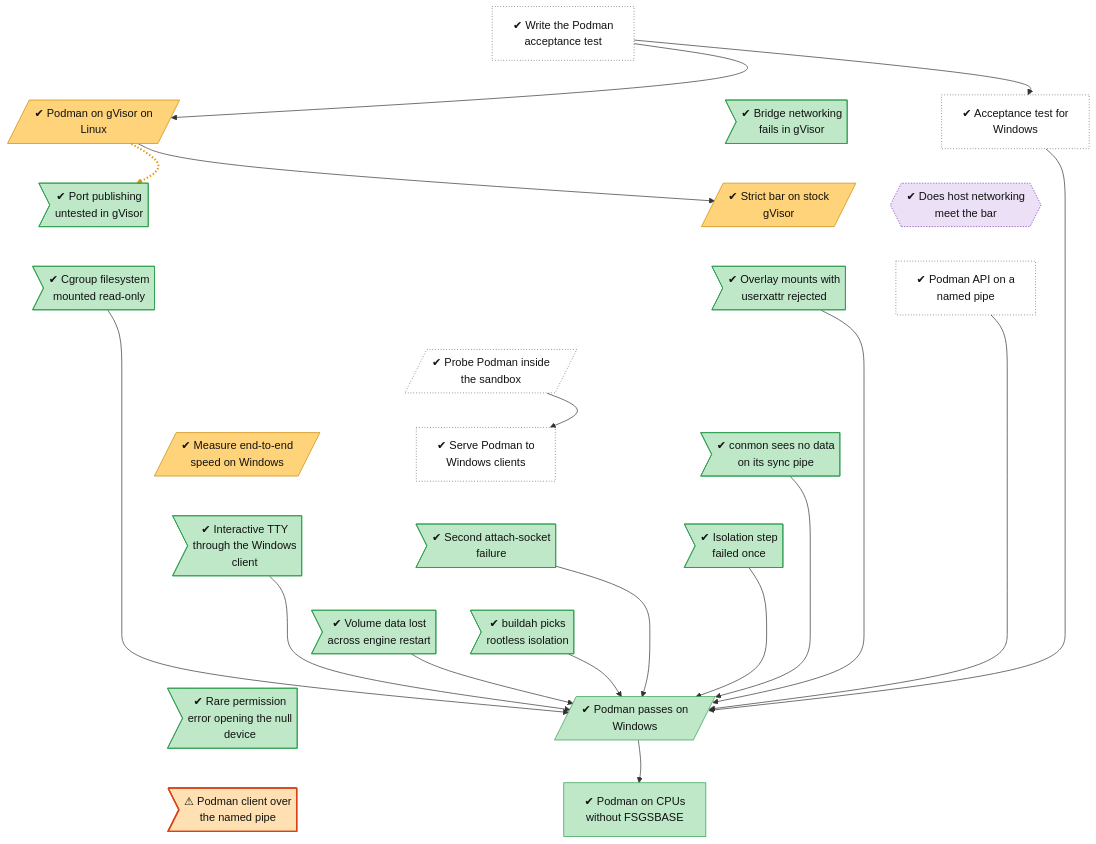
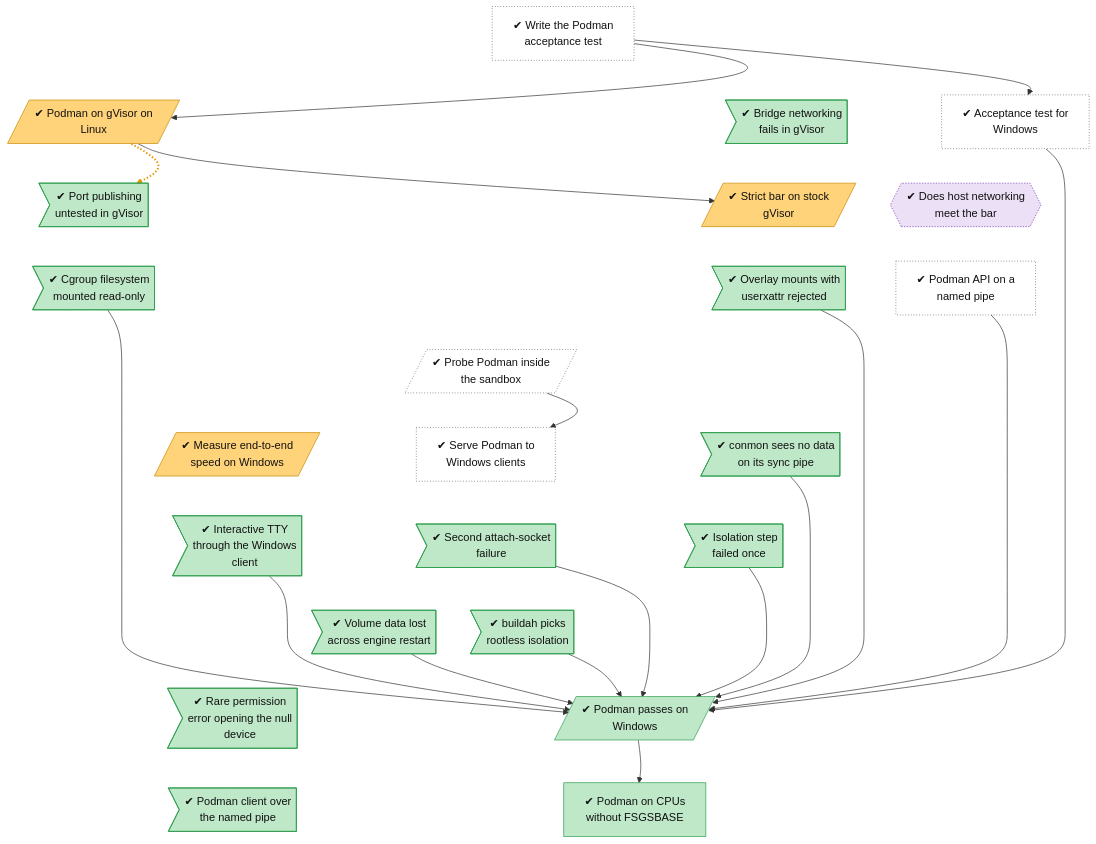
The diagram in docs/roadmap/tracks/workloads.md (lhns/gvisor-windows), drawn with Mermaid before and after one commit. The commit also changed other lines of this file and 3 other files, not shown here.

Commit message:
Tree: podman-portable v0.4.0, client connection fixed

````diff
--- a/docs/roadmap/tracks/workloads.md
+++ b/docs/roadmap/tracks/workloads.md
@@ -31,7 +31,7 @@
     workloads_podman_on_windows[/"✔ Podman passes on<br/>Windows"/]
     workloads_dev_null_eacces>"✔ Rare permission<br/>error opening the null<br/>device"]
     workloads_podman_without_fsgsbase["✔ Podman on CPUs<br/>without FSGSBASE"]
-    workloads_podman_client_on_pipe>"⚠ Podman client over<br/>the named pipe"]
+    workloads_podman_client_on_pipe>"✔ Podman client over<br/>the named pipe"]
     workloads_acceptance_test ~~~ workloads_podman_on_gvisor_linux
     workloads_acceptance_test ~~~ workloads_acceptance_test_windows
     workloads_acceptance_test ~~~ workloads_gvisor_bridge_netlink
@@ -90,7 +90,6 @@
     classDef waiting fill:#e3f2fd,stroke:#1f6fc5,stroke-dasharray:5 5,color:#111
     class workloads_acceptance_test,workloads_acceptance_test_windows,workloads_podman_api_named_pipe,workloads_podman_probe,workloads_podman_harness unrated
     class workloads_podman_on_gvisor_linux,workloads_strict_bar_linux,workloads_end_to_end_speed mixed
-    class workloads_gvisor_bridge_netlink,workloads_gvisor_port_publishing,workloads_gvisor_cgroupfs_readonly,workloads_overlay_userxattr,workloads_conmon_sync_pipe,workloads_conmon_attach_second_cause,workloads_tty_through_windows_client,workloads_isolation_flake,workloads_volume_lost_on_restart,workloads_buildah_thinks_rootless,workloads_podman_on_windows,workloads_dev_null_eacces,workloads_podman_without_fsgsbase succ
+    class workloads_gvisor_bridge_netlink,workloads_gvisor_port_publishing,workloads_gvisor_cgroupfs_readonly,workloads_overlay_userxattr,workloads_conmon_sync_pipe,workloads_conmon_attach_second_cause,workloads_tty_through_windows_client,workloads_isolation_flake,workloads_volume_lost_on_restart,workloads_buildah_thinks_rootless,workloads_podman_on_windows,workloads_dev_null_eacces,workloads_podman_without_fsgsbase,workloads_podman_client_on_pipe succ
     class workloads_bar_host_network decided
-    class workloads_podman_client_on_pipe finding
 ```
````
